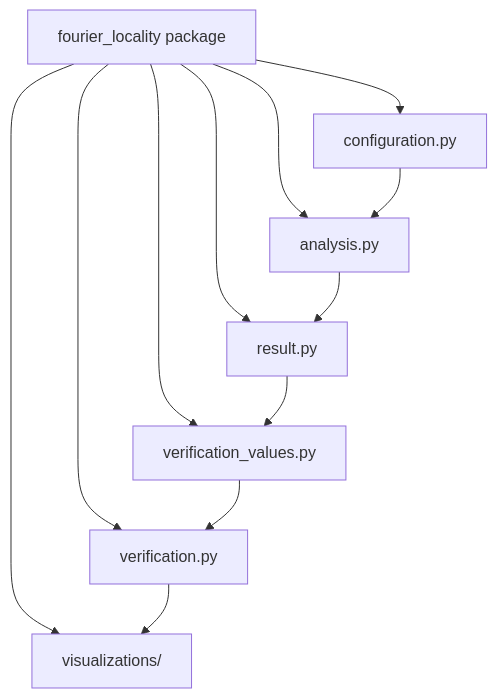
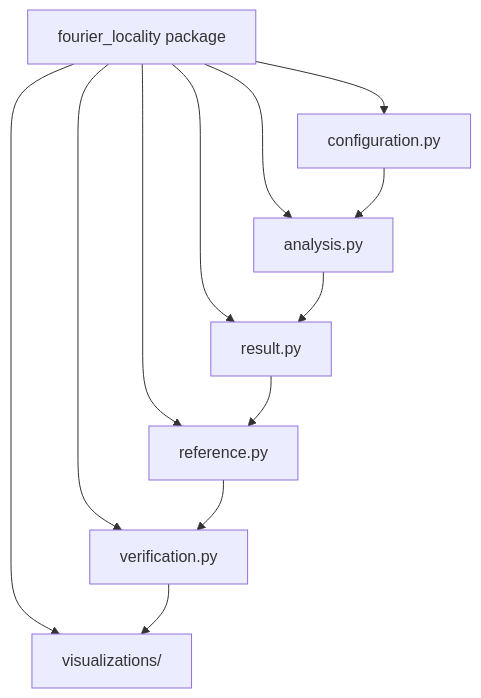
The second of 4 diagrams in docs/architecture/v3/ksdft2effmass/periodic1d/fourier_locality/schematics.md (eragasa/ksdft2effmass), drawn with Mermaid before and after one commit. The commit also changed 22 other files, not shown here.

````diff
--- a/docs/architecture/v3/ksdft2effmass/periodic1d/fourier_locality/schematics.md
+++ b/docs/architecture/v3/ksdft2effmass/periodic1d/fourier_locality/schematics.md
@@ -25,16 +25,16 @@
 ```mermaid
 flowchart TB
     PKG[fourier_locality package]
     PKG --> CFG[configuration.py]
     PKG --> ANA[analysis.py]
     PKG --> RES[result.py]
-    PKG --> IV[verification_values.py]
+    PKG --> IV[reference.py]
     PKG --> VER[verification.py]
     PKG --> VIS[visualizations/]
 
     CFG --> ANA
     ANA --> RES
     RES --> IV
     IV --> VER
     VER --> VIS
 ```
````
